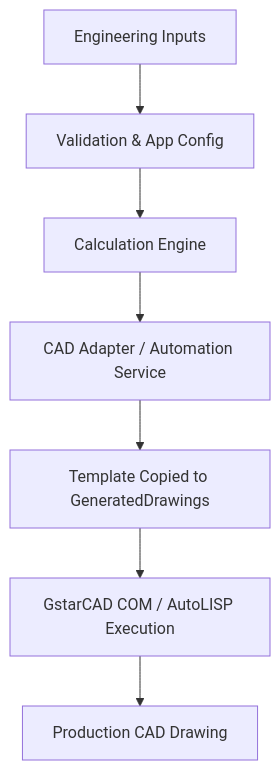
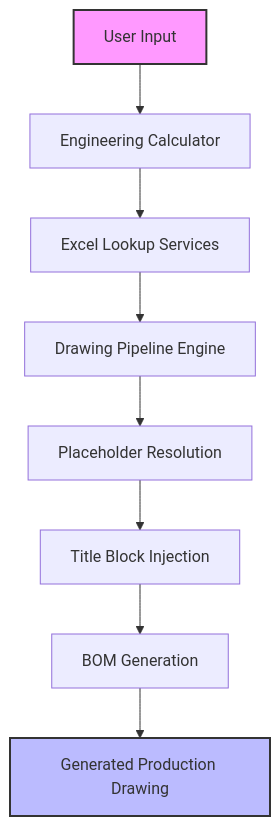
Before and after one commit to NullOrigin06/mega-engineering-suite: the diagram in README.md, drawn with Mermaid. The commit also changed other lines of this file, not shown here.

Commit message:
docs: redesign README for production release

````diff
--- a/README.md
+++ b/README.md
@@ -50,9 +63,13 @@
 ```mermaid
 graph TD;
-    A[Engineering Inputs] --> B[Validation & App Config];
-    B --> C[Calculation Engine];
-    C --> D[CAD Adapter / Automation Service];
-    D --> E[Template Copied to GeneratedDrawings];
-    E --> F[GstarCAD COM / AutoLISP Execution];
-    F --> G[Production CAD Drawing];
+    Input[User Input] --> Calc[Engineering Calculator];
+    Calc --> Excel[Excel Lookup Services];
+    Excel --> Pipeline[Drawing Pipeline Engine];
+    Pipeline --> Placeholder[Placeholder Resolution];
+    Placeholder --> TitleBlock[Title Block Injection];
+    TitleBlock --> BOM[BOM Generation];
+    BOM --> DWG[Generated Production Drawing];
+    
+    style Input fill:#f9f,stroke:#333,stroke-width:2px
+    style DWG fill:#bbf,stroke:#333,stroke-width:2px
 ```
````
